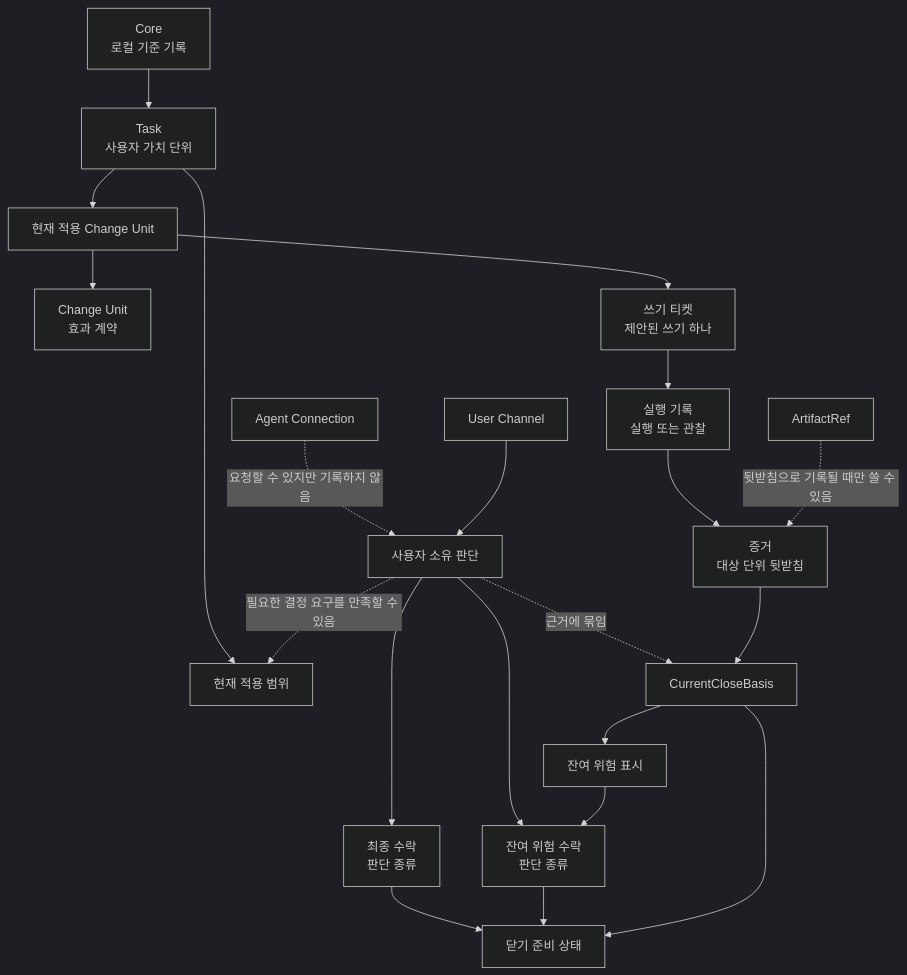
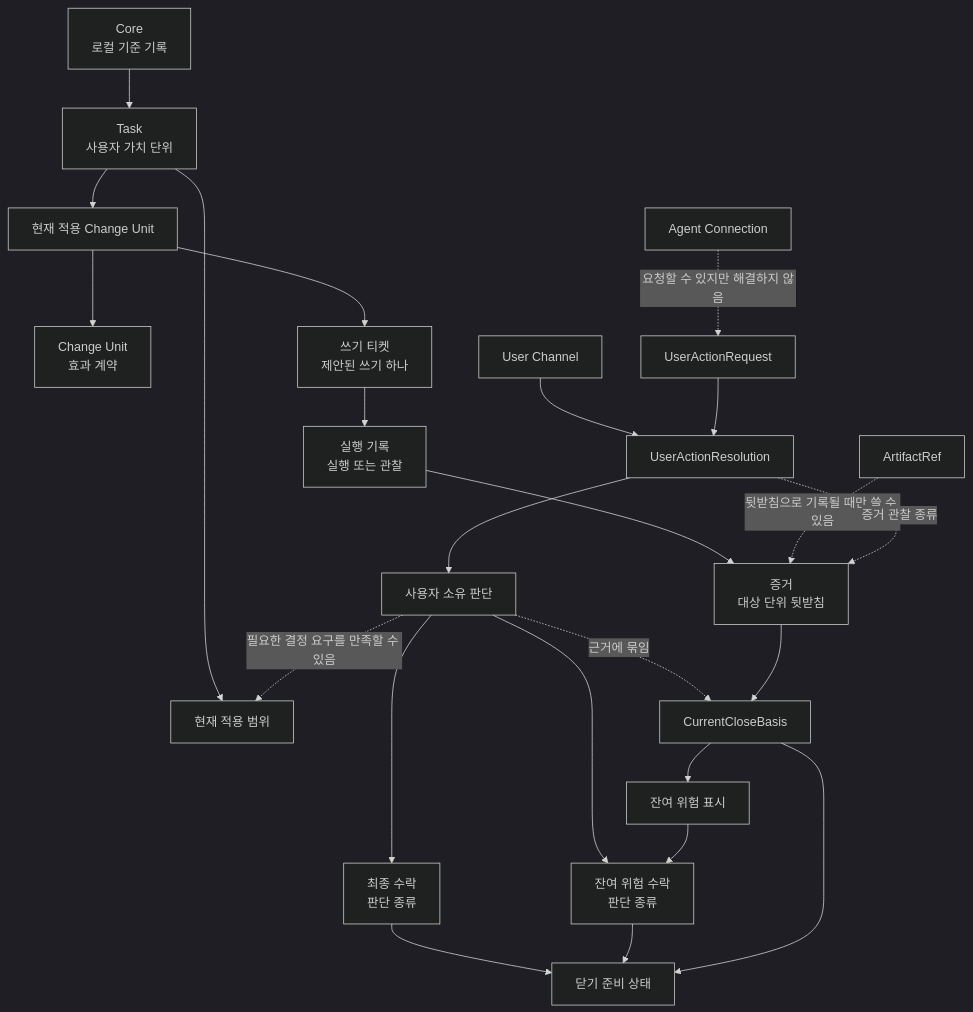
Before and after one commit to minjungw00/Volicord: the first of 2 diagrams in docs/ko/reference/core-model.md, drawn with Mermaid (dark theme). The commit also changed other lines of this file and 233 other files, not shown here.

Commit message:
feat(user-action): unify user-owned request resolution

````diff
--- a/docs/ko/reference/core-model.md
+++ b/docs/ko/reference/core-model.md
@@ -98,23 +121,26 @@
 ```mermaid
 flowchart TD
     Core["Core<br/>로컬 기준 기록"] --> Task["Task<br/>사용자 가치 단위"]
     Task --> Scope["현재 적용 범위"]
     Task --> ChangeUnit["현재 적용 Change Unit"]
     ChangeUnit --> EffectContract["Change Unit<br/>효과 계약"]
     ChangeUnit --> WriteTicket["쓰기 티켓<br/>제안된 쓰기 하나"]
     WriteTicket --> Run["실행 기록<br/>실행 또는 관찰"]
     Run --> Evidence["증거<br/>대상 단위 뒷받침"]
     ArtifactRef["ArtifactRef"] -. "뒷받침으로 기록될 때만 쓸 수 있음" .-> Evidence
-    AgentConnection["Agent Connection"] -. "요청할 수 있지만 기록하지 않음" .-> Judgment["사용자 소유 판단"]
-    UserChannel["User Channel"] --> Judgment
+    AgentConnection["Agent Connection"] -. "요청할 수 있지만 해결하지 않음" .-> UserAction["UserActionRequest"]
+    UserChannel["User Channel"] --> Resolution["UserActionResolution"]
+    UserAction --> Resolution
+    Resolution --> Judgment["사용자 소유 판단"]
+    Resolution -. "증거 관찰 종류" .-> Evidence
     Judgment -. "필요한 결정 요구를 만족할 수 있음" .-> Scope
     Judgment -. "근거에 묶임" .-> CloseBasis["CurrentCloseBasis"]
     Evidence --> CloseBasis
     Judgment --> FinalAcceptance["최종 수락<br/>판단 종류"]
     Judgment --> RiskAcceptance["잔여 위험 수락<br/>판단 종류"]
     CloseBasis --> ResidualRisk["잔여 위험 표시"]
     ResidualRisk --> RiskAcceptance
     FinalAcceptance --> CloseReadiness
     RiskAcceptance --> CloseReadiness
     CloseBasis --> CloseReadiness["닫기 준비 상태"]
 ```
````
